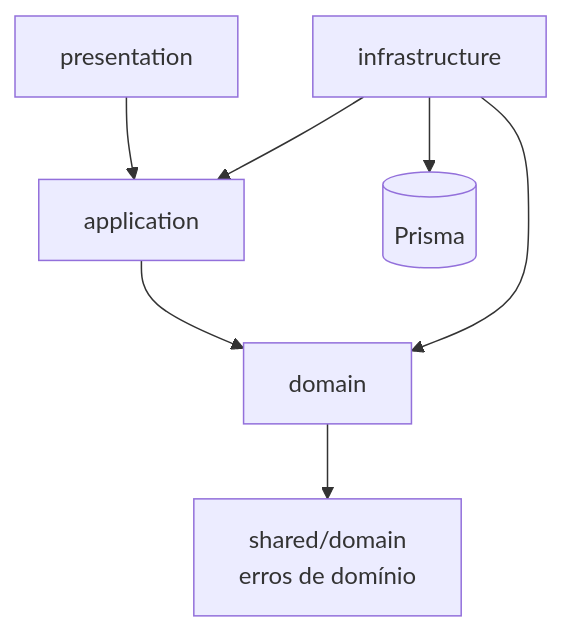
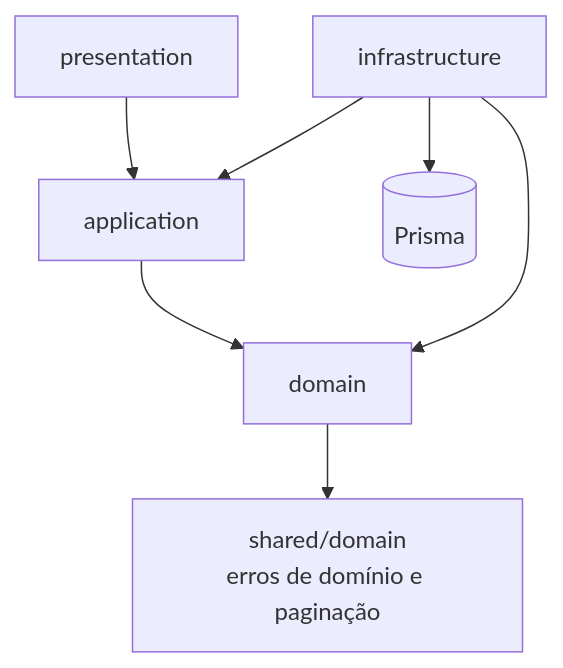
One commit to TechChallengeFiap/QuimoviaApi changed the second of 7 diagrams in docs/arquitetura/02-organizacao-e-aplicacao.md. Above: the diagram before and after it, drawn with Mermaid. The commit also changed other lines of this file and 1 other file, not shown here.

First line of the commit message:
docs: atualiza os guias com as convenções de paginação e de log de erros

````diff
--- a/docs/arquitetura/02-organizacao-e-aplicacao.md
+++ b/docs/arquitetura/02-organizacao-e-aplicacao.md
@@ -112,9 +112,9 @@
 ```mermaid
 flowchart TB
   PRE["presentation"] --> APP["application"]
   APP --> DOM["domain"]
   INF["infrastructure"] --> APP
   INF --> DOM
-  DOM --> SH["shared/domain<br/>erros de domínio"]
+  DOM --> SH["shared/domain<br/>erros de domínio e paginação"]
   INF --> GEN[("Prisma")]
 ```
````
